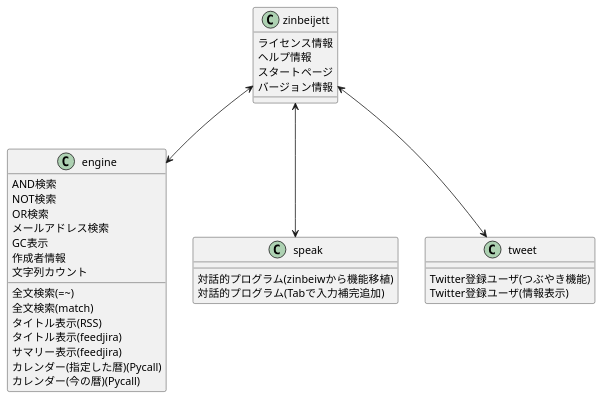
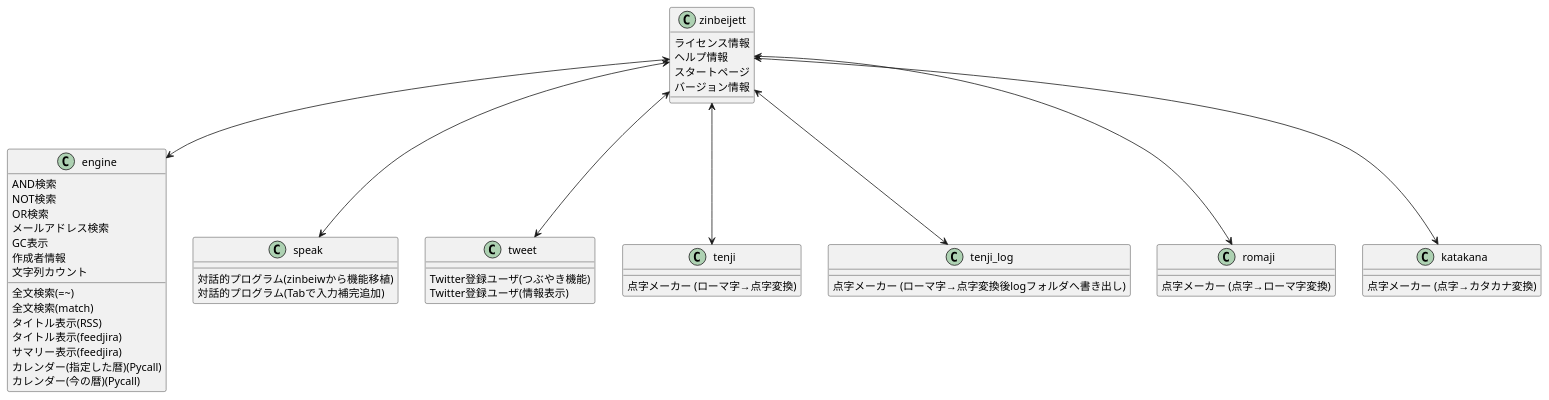
One commit to takkii/zinbeijett changed the diagram in zinbeijett.pu. Above: the diagram before and after it, drawn with PlantUML. The commit also changed 1 other file, not shown here.

Commit message:
Update, plant uml make image.

```diff
--- a/zinbeijett.pu
+++ b/zinbeijett.pu
@@ -1,33 +1,42 @@
 @startuml zinbeijett
 
 zinbeijett <--> engine
 zinbeijett <--> speak
 zinbeijett <--> tweet
+zinbeijett <--> tenji
+zinbeijett <--> tenji_log
+zinbeijett <--> romaji
+zinbeijett <--> katakana
 
 zinbeijett : ライセンス情報
 zinbeijett : ヘルプ情報
 zinbeijett : スタートページ
 zinbeijett : バージョン情報
 
 engine : 全文検索(=~)
 engine : 全文検索(match)
 engine : AND検索
 engine : NOT検索
 engine : OR検索
 engine : メールアドレス検索
 engine : GC表示
 engine : 作成者情報
 engine : 文字列カウント
 engine : タイトル表示(RSS)
 engine : タイトル表示(feedjira)
 engine : サマリー表示(feedjira)
 engine : カレンダー(指定した暦)(Pycall)
 engine : カレンダー(今の暦)(Pycall)
 
 speak : 対話的プログラム(zinbeiwから機能移植)
 speak : 対話的プログラム(Tabで入力補完追加)
 
 tweet : Twitter登録ユーザ(つぶやき機能)
 tweet : Twitter登録ユーザ(情報表示)
 
+tenji : 点字メーカー (ローマ字→点字変換)
+tenji_log : 点字メーカー (ローマ字→点字変換後logフォルダへ書き出し)
+romaji : 点字メーカー (点字→ローマ字変換)
+katakana : 点字メーカー (点字→カタカナ変換)
+
 @enduml
```
